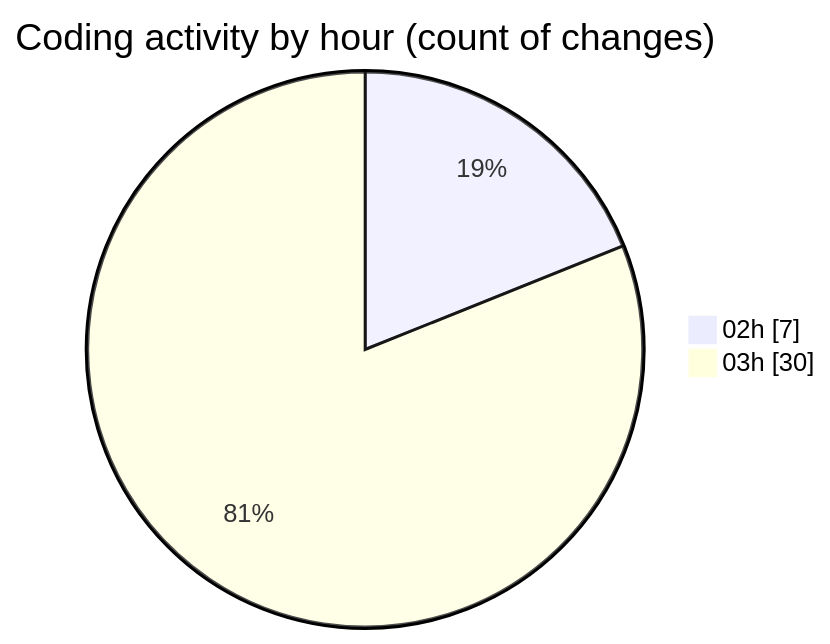
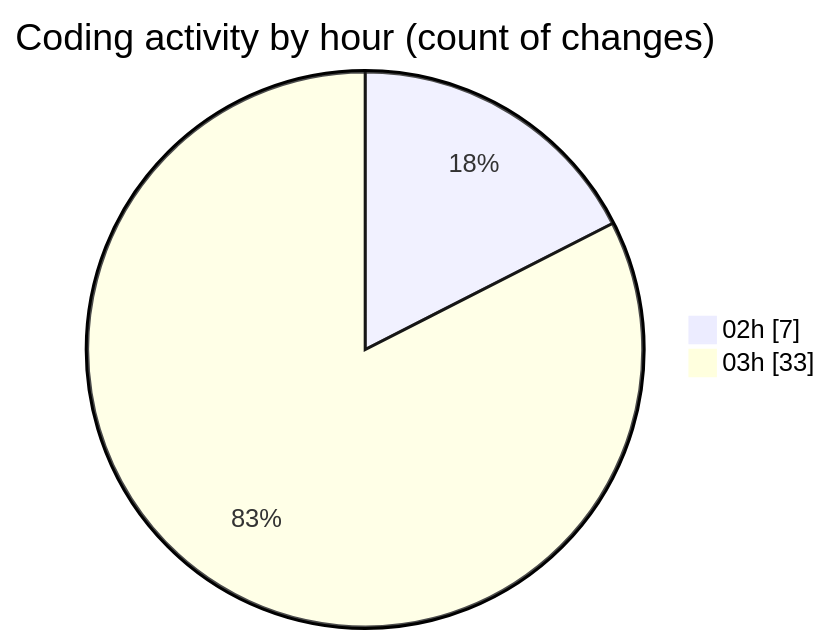
One commit to JenPaints/code-tracking changed the second of 2 diagrams in 2025-05-29/kimberly-groups/README.md. Above: the diagram before and after it, drawn with Mermaid. The commit also changed other lines of this file and 1 other file, not shown here.

````diff
--- a/2025-05-29/kimberly-groups/README.md
+++ b/2025-05-29/kimberly-groups/README.md
@@ -32,6 +32,6 @@
 ```mermaid
 pie showData
 title Coding activity by hour (count of changes)
 "02h" : 7
-"03h" : 30
+"03h" : 33
 ```
````
